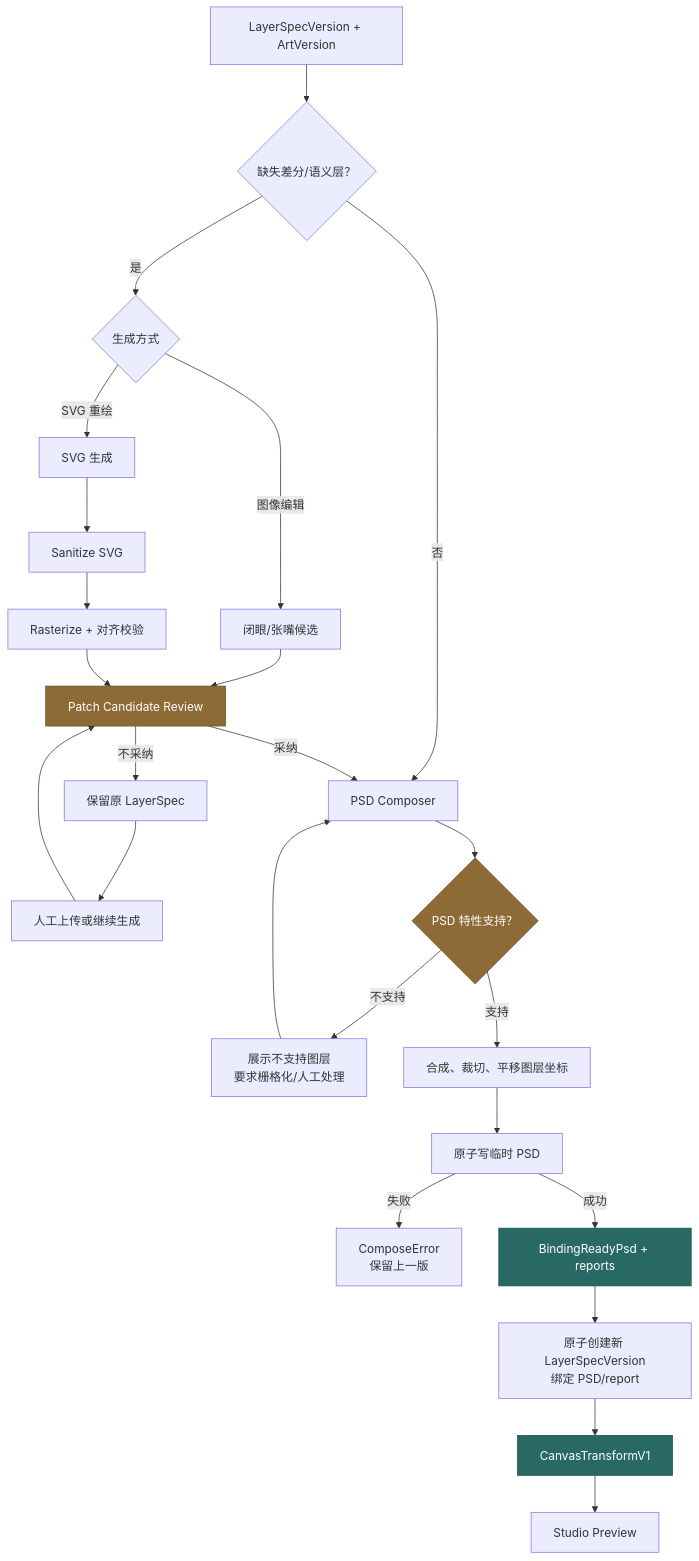
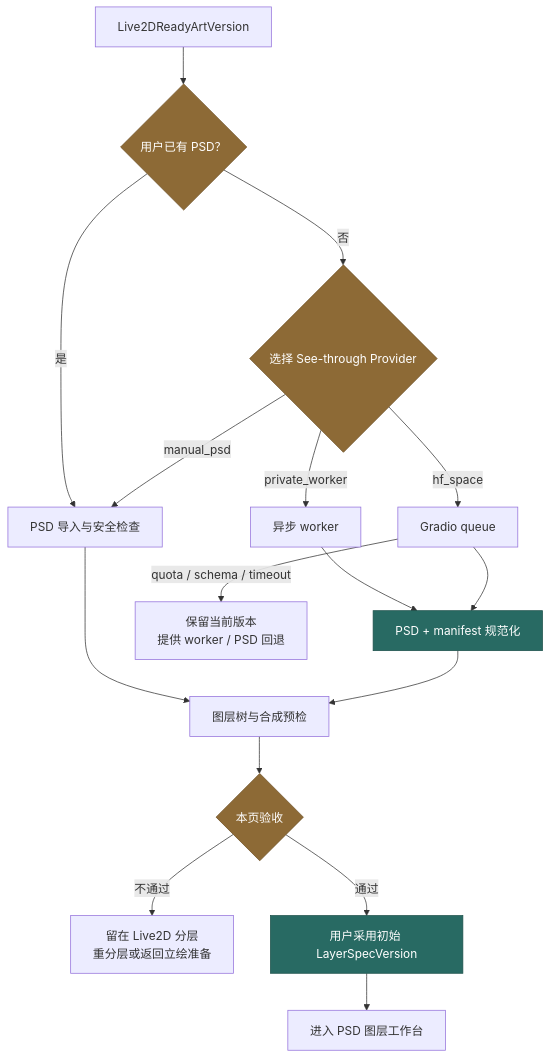
One commit to fupingyezi/agent2live changed the seventh of 21 diagrams in docs/architecture/2026-11-08-stage-workflows.md. Above: the diagram before and after it, drawn with Mermaid. The commit also changed other lines of this file and 11 other files, not shown here.

Commit message:
docs: update live2D workbench architecture

````diff
--- a/docs/architecture/2026-11-08-stage-workflows.md
+++ b/docs/architecture/2026-11-08-stage-workflows.md
@@ -286,32 +276,24 @@
 ```mermaid
 flowchart TD
-  A["LayerSpecVersion + ArtVersion"] --> B{"缺失差分/语义层？"}
-  B -->|否| H["PSD Composer"]
-  B -->|是| C{"生成方式"}
-  C -->|图像编辑| D["闭眼/张嘴候选"]
-  C -->|SVG 重绘| E["SVG 生成"]
-  E --> F["Sanitize SVG"]
-  F --> G["Rasterize + 对齐校验"]
-  D --> I["Patch Candidate Review"]
+  A["Live2DReadyArtVersion"] --> B{"用户已有 PSD？"}
+  B -->|是| C["PSD 导入与安全检查"]
+  B -->|否| D{"选择 See-through Provider"}
+  D -->|private_worker| E["异步 worker"]
+  D -->|hf_space| F["Gradio queue"]
+  D -->|manual_psd| C
+  E --> G["PSD + manifest 规范化"]
+  F --> G
+  F -->|quota / schema / timeout| H["保留当前版本<br/>提供 worker / PSD 回退"]
+  C --> I["图层树与合成预检"]
   G --> I
-  I -->|不采纳| J["保留原 LayerSpec"]
-  J --> K["人工上传或继续生成"]
-  K --> I
-  I -->|采纳| H
+  I --> J{"本页验收"}
+  J -->|不通过| K["留在 Live2D 分层<br/>重分层或返回立绘准备"]
+  J -->|通过| L["用户采用初始 LayerSpecVersion"]
+  L --> M["进入 PSD 图层工作台"]
 
-  H --> M{"PSD 特性支持？"}
-  M -->|不支持| M1["展示不支持图层<br/>要求栅格化/人工处理"]
-  M1 --> H
-  M -->|支持| N["合成、裁切、平移图层坐标"]
-  N --> O["原子写临时 PSD"]
-  O -->|失败| P["ComposeError<br/>保留上一版"]
-  O -->|成功| Q["BindingReadyPsd + reports"]
-  Q --> L["原子创建新 LayerSpecVersion<br/>绑定 PSD/report"]
-  L --> R["CanvasTransformV1"]
-  R --> S["Studio Preview"]
 
   classDef gate fill:#8d6a36,color:#fff,stroke:#6d4f24;
   classDef artifact fill:#286a63,color:#fff,stroke:#1d514b;
-  class I,M gate;
-  class Q,R artifact;
+  class B,D,J gate;
+  class G,L artifact;
 ```
````
